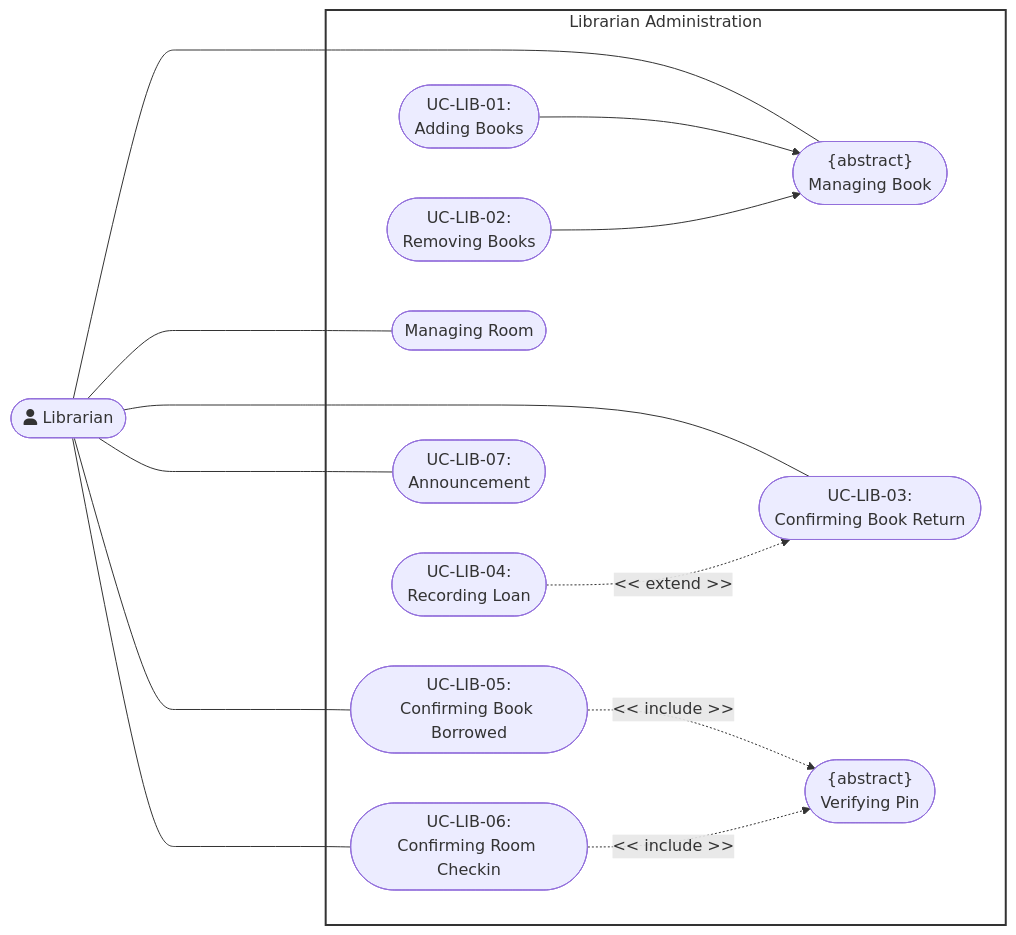
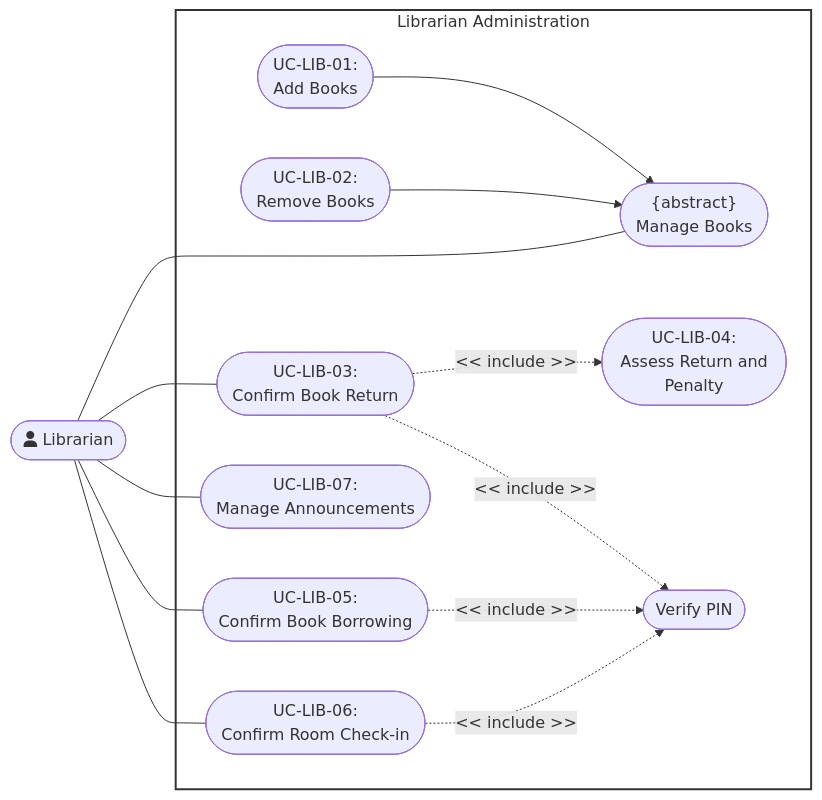
The eighth of 9 diagrams in docs/management/PA4/Use-CaseDiagram.md (DuyNhat1705/AmeThyst-Library), drawn with Mermaid before and after one commit. The commit also changed other lines of this file and 13 other files, not shown here.

````diff
--- a/docs/management/PA4/Use-CaseDiagram.md
+++ b/docs/management/PA4/Use-CaseDiagram.md
@@ -325,27 +288,32 @@
 ```mermaid
 flowchart LR
- subgraph LibrarianAdministration["Librarian Administration"]
-        UC1(["<center>{abstract}<br>Managing Book</center>"])
-        UC2(["<center>UC-LIB-01:<br>Adding Books</center>"])
-        UC3(["<center>UC-LIB-02:<br>Removing Books</center>"])
-        UC4(["<center>UC-LIB-03:<br>Confirming Book Return</center>"])
-        UC5(["<center>UC-LIB-04:<br>Recording Loan</center>"])
-        UC6(["<center>Managing Room</center>"])
-        UC7(["<center>{abstract}<br>Verifying Pin</center>"])
-        UC8(["<center>UC-LIB-05:<br>Confirming Book Borrowed</center>"])
-        UC9(["<center>UC-LIB-06:<br>Confirming Room Checkin</center>"])
-        UC10(["<center>UC-LIB-07:<br>Announcement</center>"])
-  end
-    Librarian(["<center>fa:fa-user Librarian</center>"]) ======= LibrarianAdministration
-    Librarian --- UC1 & UC6 & UC10 & UC8 & UC9 & UC4
-    
-    UC2 --> UC1
-    UC3 --> UC1
+    Librarian(["<center>fa:fa-user Librarian</center>"])
 
-    UC8 -. "<< include >>" .-> UC7
-    UC9 -. "<< include >>" .-> UC7
-    UC5 -. "<< extend >>" .-> UC4
+    subgraph LibrarianAdministration [Librarian Administration]
+        UC_ManageBooks(["<center>{abstract}<br/>Manage Books</center>"])
+        UC_Add(["<center>UC-LIB-01:<br/>Add Books</center>"])
+        UC_Remove(["<center>UC-LIB-02:<br/>Remove Books</center>"])
+        UC_Return(["<center>UC-LIB-03:<br/>Confirm Book Return</center>"])
+        UC_Assess(["<center>UC-LIB-04:<br/>Assess Return and<br/>Penalty</center>"])
+        UC_Borrow(["<center>UC-LIB-05:<br/>Confirm Book Borrowing</center>"])
+        UC_Room(["<center>UC-LIB-06:<br/>Confirm Room Check-in</center>"])
+        UC_Announcement(["<center>UC-LIB-07:<br/>Manage Announcements</center>"])
+        UC_VerifyPin(["<center>Verify PIN</center>"])
+
+        UC_Add --> UC_ManageBooks
+        UC_Remove --> UC_ManageBooks
+        UC_Return -. "<< include >>" .-> UC_VerifyPin
+        UC_Return -. "<< include >>" .-> UC_Assess
+        UC_Borrow -. "<< include >>" .-> UC_VerifyPin
+        UC_Room -. "<< include >>" .-> UC_VerifyPin
+    end
+
+    Librarian ~~~~ LibrarianAdministration
+    Librarian --- UC_ManageBooks
+    Librarian --- UC_Return
+    Librarian --- UC_Borrow
+    Librarian --- UC_Room
+    Librarian --- UC_Announcement
 
     style LibrarianAdministration fill:#fff,stroke:#333,stroke-width:2px
-    linkStyle 0 stroke:transparent
 ```
````
